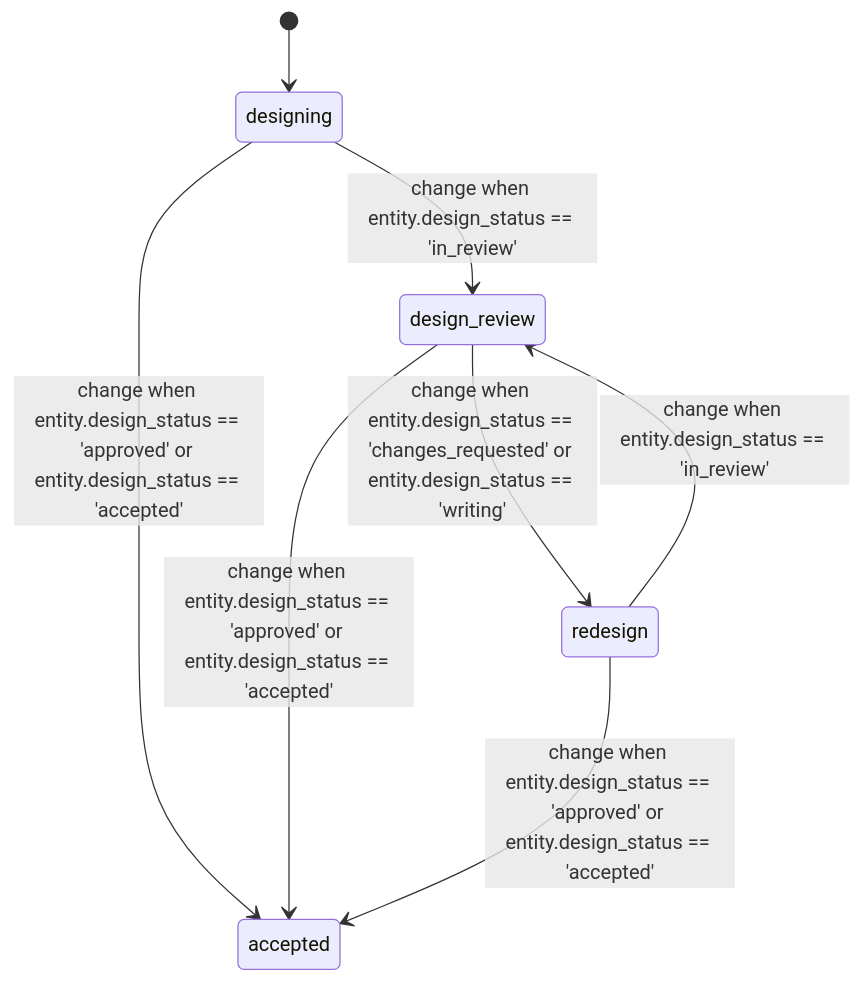
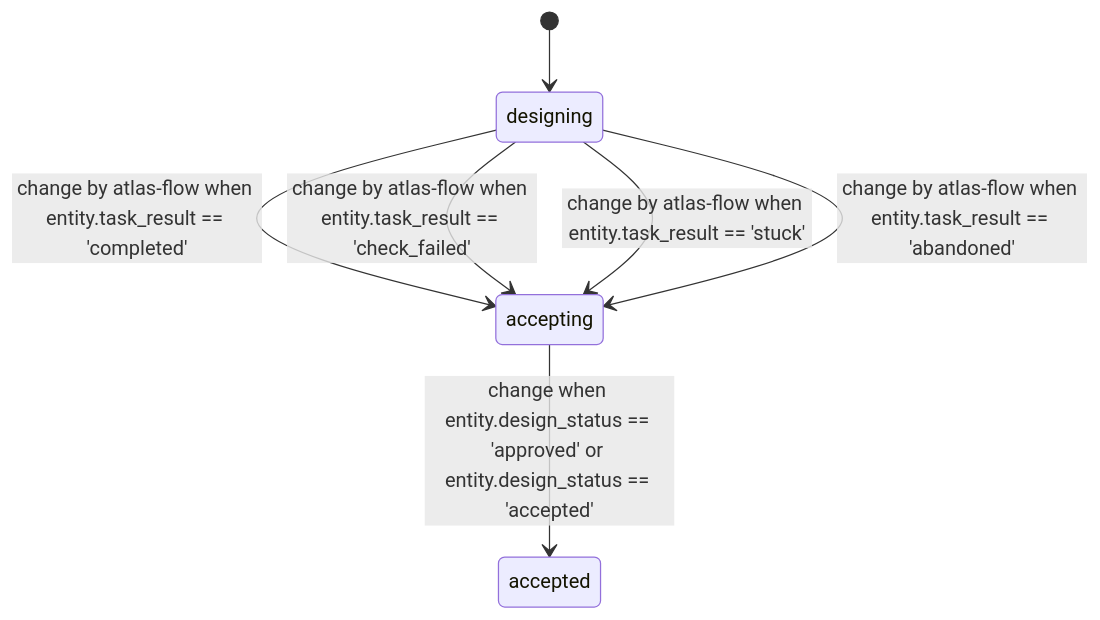
Before and after one commit to mimbre/atlas: the diagram in products/software_factory/model/targets/diagrams/design_and_accept.md, drawn with Mermaid. The commit also changed other lines of this file and 14 other files, not shown here.

Commit message:
Slice 9: an agent writes a use case's design; Flow puts it in its Design part; its supervisor accepts it

````diff
--- a/products/software_factory/model/targets/diagrams/design_and_accept.md
+++ b/products/software_factory/model/targets/diagrams/design_and_accept.md
@@ -6,14 +6,12 @@
 ```mermaid
 stateDiagram-v2
     state "designing" as s0
-    state "accepted" as s1
-    state "design_review" as s2
-    state "redesign" as s3
+    state "accepting" as s1
+    state "accepted" as s2
     [*] --> s0
-    s0 --> s1: change when entity.design_status == 'approved' or entity.design_status == 'accepted'
-    s0 --> s2: change when entity.design_status == 'in_review'
-    s2 --> s1: change when entity.design_status == 'approved' or entity.design_status == 'accepted'
-    s2 --> s3: change when entity.design_status == 'changes_requested' or entity.design_status == 'writing'
-    s3 --> s1: change when entity.design_status == 'approved' or entity.design_status == 'accepted'
-    s3 --> s2: change when entity.design_status == 'in_review'
+    s0 --> s1: change by atlas-flow when entity.task_result == 'completed'
+    s0 --> s1: change by atlas-flow when entity.task_result == 'check_failed'
+    s0 --> s1: change by atlas-flow when entity.task_result == 'stuck'
+    s0 --> s1: change by atlas-flow when entity.task_result == 'abandoned'
+    s1 --> s2: change when entity.design_status == 'approved' or entity.design_status == 'accepted'
 ```
````
